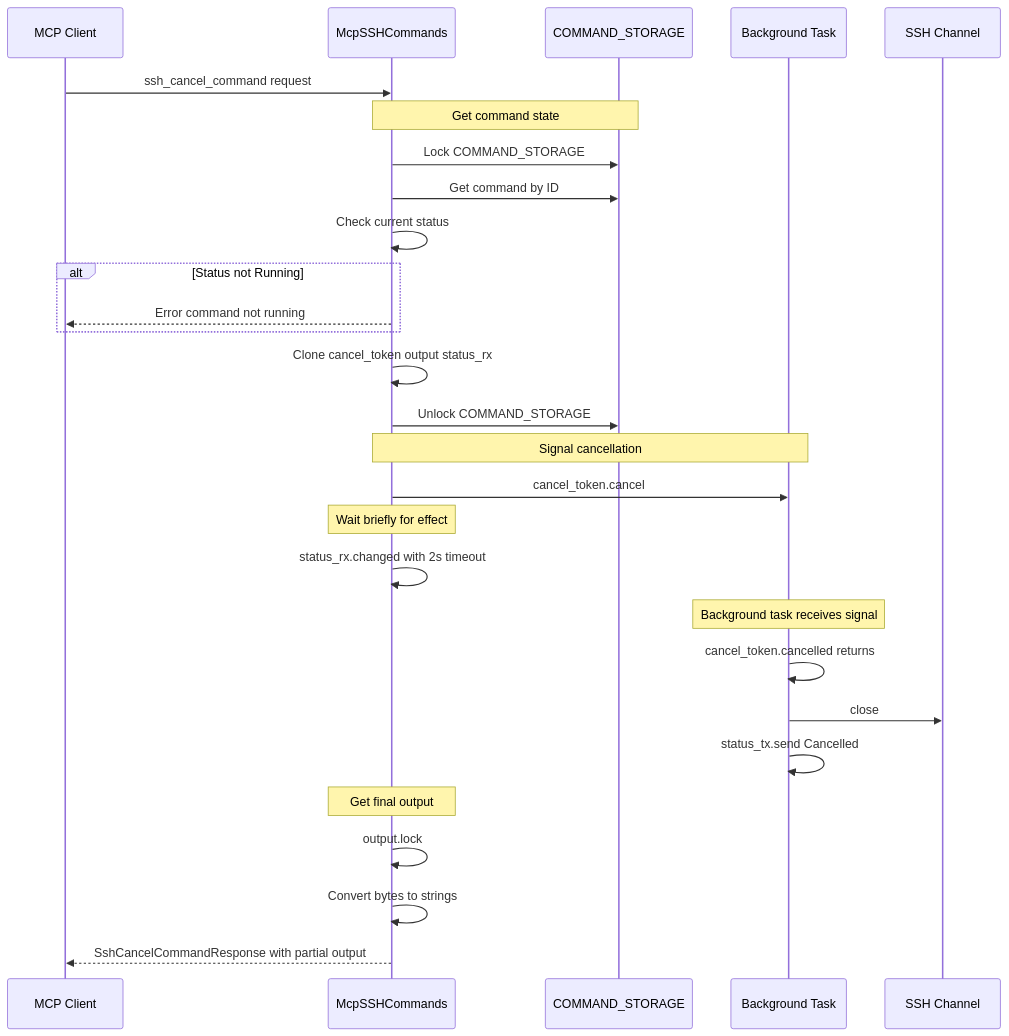
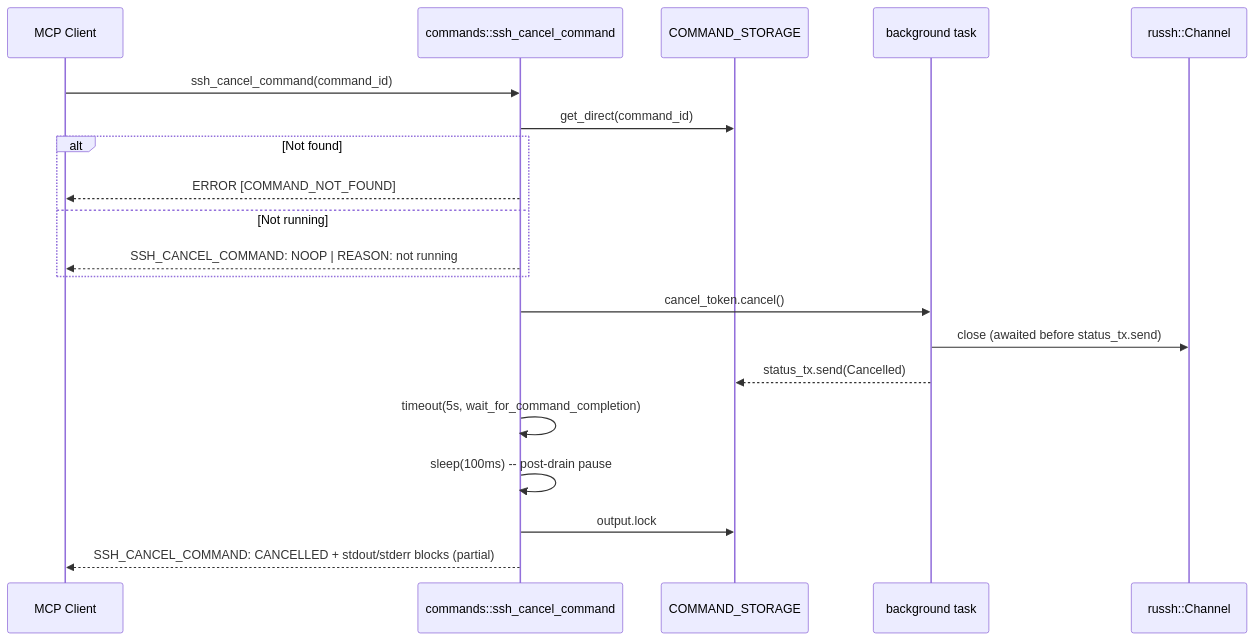
One commit to farchanjo/ssh-mcp changed diagram 13 of 24 in docs/FLOWS.md. Above: the diagram before and after it, drawn with Mermaid. The commit also changed other lines of this file and 5 other files, not shown here.

````diff
--- a/docs/FLOWS.md
+++ b/docs/FLOWS.md
@@ -770,39 +557,28 @@
 ```mermaid
 sequenceDiagram
     participant Client as MCP Client
-    participant Cmd as McpSSHCommands
-    participant AsyncStore as COMMAND_STORAGE
-    participant Task as Background Task
-    participant Channel as SSH Channel
+    participant Cmd as commands::ssh_cancel_command
+    participant Store as COMMAND_STORAGE
+    participant Task as background task
+    participant Channel as russh::Channel
 
-    Client->>Cmd: ssh_cancel_command request
+    Client->>Cmd: ssh_cancel_command(command_id)
 
-    Note over Cmd,AsyncStore: Get command state
-    Cmd->>AsyncStore: Lock COMMAND_STORAGE
-    Cmd->>AsyncStore: Get command by ID
-    Cmd->>Cmd: Check current status
-
-    alt Status not Running
-        Cmd-->>Client: Error command not running
+    Cmd->>Store: get_direct(command_id)
+    alt Not found
+        Cmd-->>Client: ERROR [COMMAND_NOT_FOUND]
+    else Not running
+        Cmd-->>Client: SSH_CANCEL_COMMAND: NOOP | REASON: not running
     end
 
-    Cmd->>Cmd: Clone cancel_token output status_rx
-    Cmd->>AsyncStore: Unlock COMMAND_STORAGE
+    Cmd->>Task: cancel_token.cancel()
 
-    Note over Cmd,Task: Signal cancellation
-    Cmd->>Task: cancel_token.cancel
+    Task->>Channel: close (awaited before status_tx.send)
+    Task-->>Store: status_tx.send(Cancelled)
 
-    Note over Cmd: Wait briefly for effect
-    Cmd->>Cmd: status_rx.changed with 2s timeout
+    Cmd->>Cmd: timeout(5s, wait_for_command_completion)
+    Cmd->>Cmd: sleep(100ms) -- post-drain pause
 
-    Note over Task: Background task receives signal
-    Task->>Task: cancel_token.cancelled returns
-    Task->>Channel: close
-    Task->>Task: status_tx.send Cancelled
-
-    Note over Cmd: Get final output
-    Cmd->>Cmd: output.lock
-    Cmd->>Cmd: Convert bytes to strings
-
-    Cmd-->>Client: SshCancelCommandResponse with partial output
+    Cmd->>Store: output.lock
+    Cmd-->>Client: SSH_CANCEL_COMMAND: CANCELLED + stdout/stderr blocks (partial)
 ```
````
